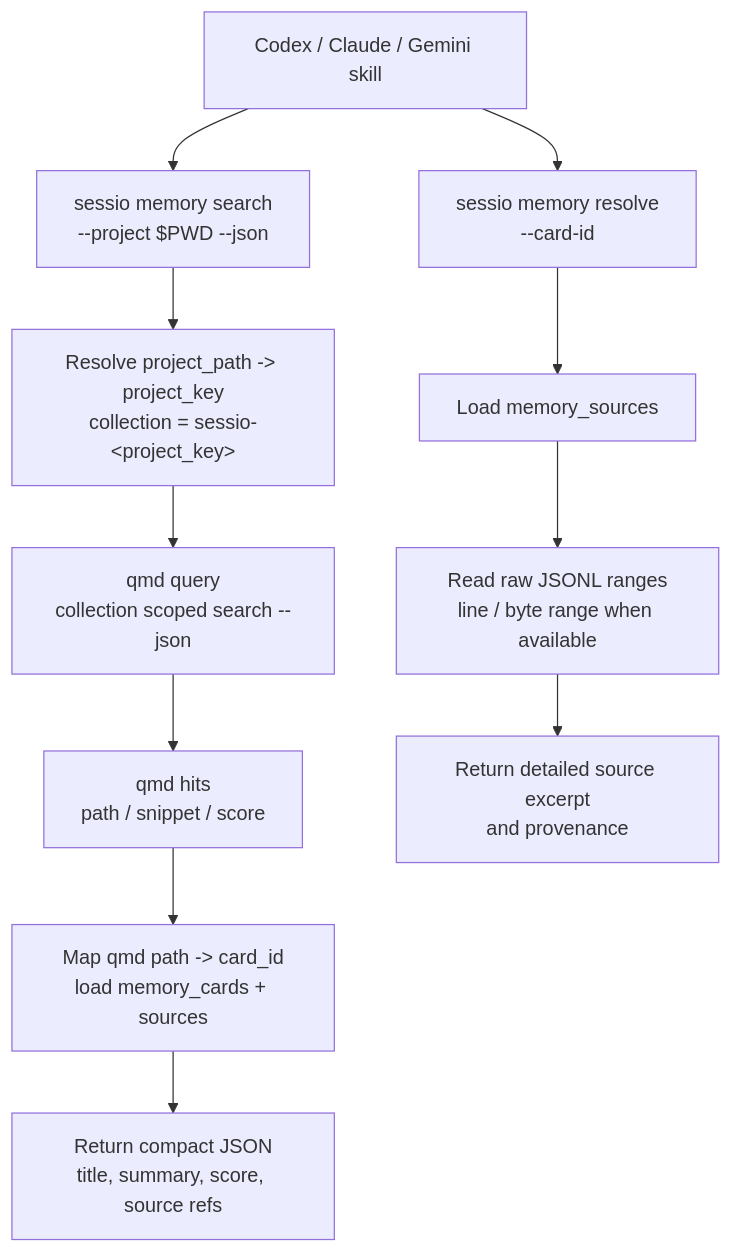
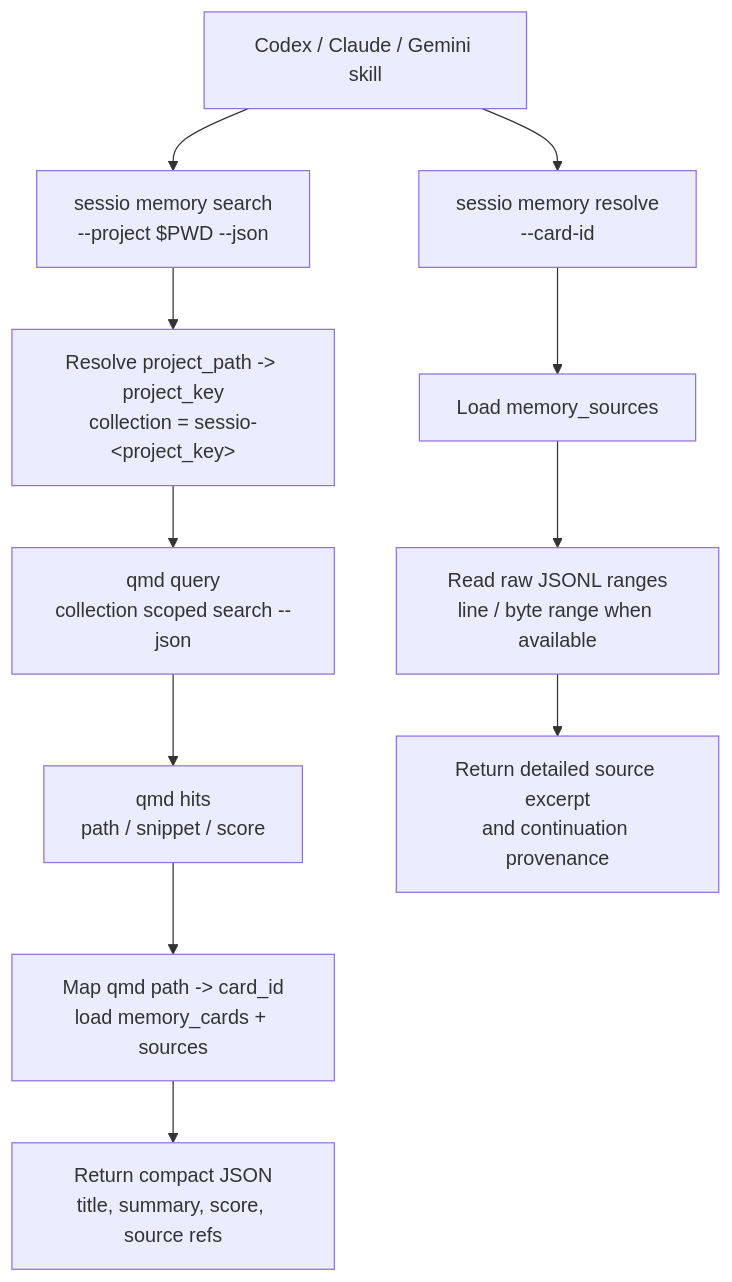
One commit to LarchLiu/sessio changed the third of 3 diagrams in docs/sessio-cli-qmd-memory-plan.md. Above: the diagram before and after it, drawn with Mermaid. The commit also changed other lines of this file and 10 other files, not shown here.

First line of the commit message:
feat: add same-project continuation dedupe with structured provenance

````diff
--- a/docs/sessio-cli-qmd-memory-plan.md
+++ b/docs/sessio-cli-qmd-memory-plan.md
@@ -369,14 +377,14 @@
 ```mermaid
 flowchart TD
     Agent["Codex / Claude / Gemini skill"] --> CliSearch["sessio memory search<br/>--project $PWD --json"]
     CliSearch --> ProjectMap["Resolve project_path -> project_key<br/>collection = sessio-&lt;project_key&gt;"]
     ProjectMap --> QmdQuery["qmd query<br/>collection scoped search --json"]
     QmdQuery --> Hits["qmd hits<br/>path / snippet / score"]
     Hits --> CardMap["Map qmd path -> card_id<br/>load memory_cards + sources"]
     CardMap --> SearchJson["Return compact JSON<br/>title, summary, score, source refs"]
 
     Agent --> CliResolve["sessio memory resolve<br/>--card-id"]
     CliResolve --> SourceRefs["Load memory_sources"]
     SourceRefs --> RawRead["Read raw JSONL ranges<br/>line / byte range when available"]
-    RawRead --> ResolveJson["Return detailed source excerpt<br/>and provenance"]
+    RawRead --> ResolveJson["Return detailed source excerpt<br/>and continuation provenance"]
 ```
````
